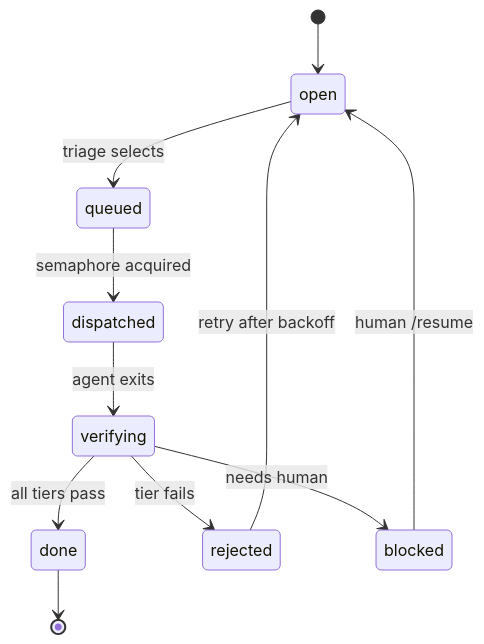
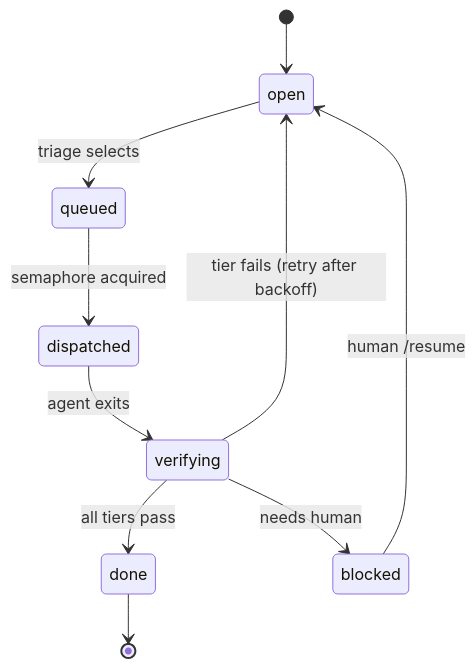
One commit to agentic-research/rosary changed the fourth of 8 diagrams in docs/ARCHITECTURE.md. Above: the diagram before and after it, drawn with Mermaid. The commit also changed other lines of this file and 4 other files, not shown here.

````diff
--- a/docs/ARCHITECTURE.md
+++ b/docs/ARCHITECTURE.md
@@ -104,16 +104,15 @@
 ```mermaid
 stateDiagram-v2
     [*] --> open
 
     open --> queued : triage selects
     queued --> dispatched : semaphore acquired
     dispatched --> verifying : agent exits
     verifying --> done : all tiers pass
-    verifying --> rejected : tier fails
+    verifying --> open : tier fails (retry after backoff)
     verifying --> blocked : needs human
 
-    rejected --> open : retry after backoff
     blocked --> open : human /resume
 
     done --> [*]
 ```
````
